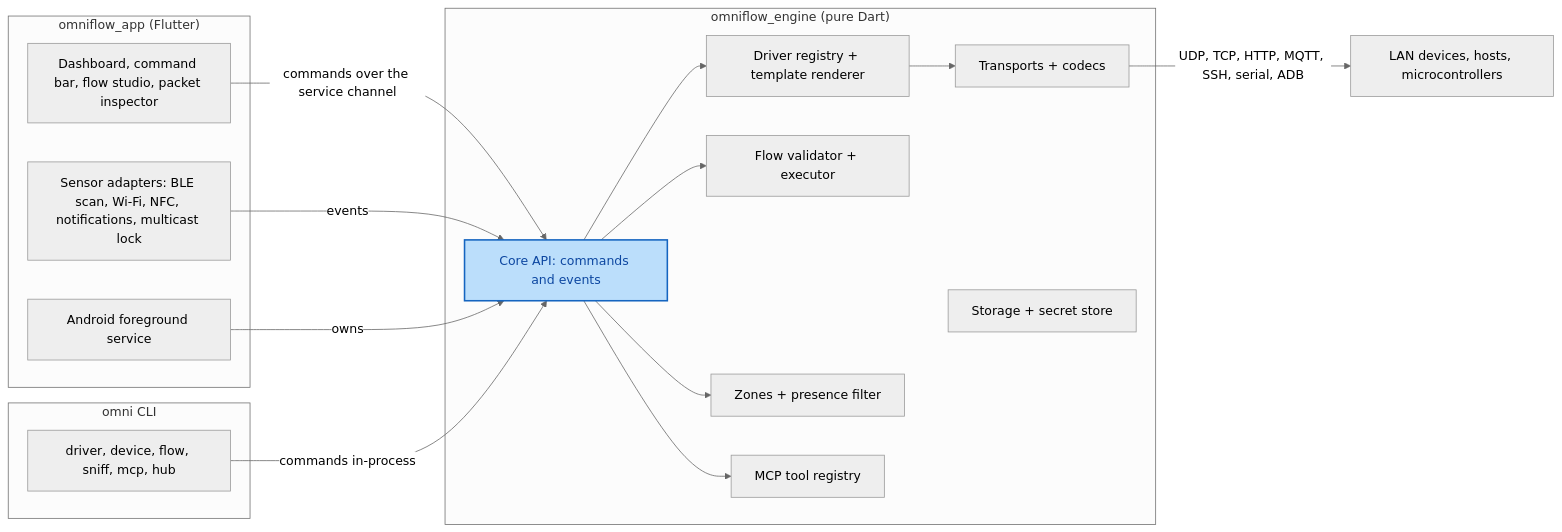
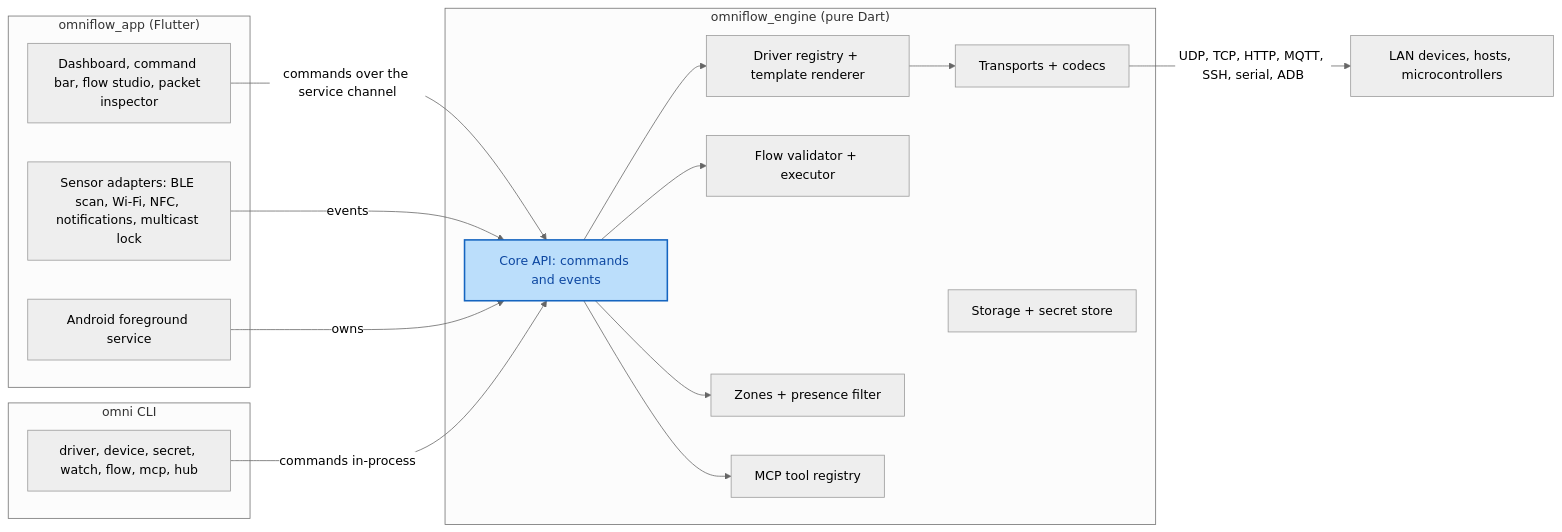
The diagram in docs/DESIGN.md (jashnimje/omni-flow), drawn with Mermaid (neutral theme) before and after one commit. The commit also changed other lines of this file and 51 other files, not shown here.

````diff
--- a/docs/DESIGN.md
+++ b/docs/DESIGN.md
@@ -26,31 +26,31 @@
 ```mermaid
 flowchart LR
   subgraph app["omniflow_app (Flutter)"]
     ui["Dashboard, command bar, flow studio, packet inspector"]
     sensors["Sensor adapters: BLE scan, Wi-Fi, NFC, notifications, multicast lock"]
     svc["Android foreground service"]
   end
   subgraph engine["omniflow_engine (pure Dart)"]
     api["Core API: commands and events"]
     drivers["Driver registry + template renderer"]
     transports["Transports + codecs"]
     dag["Flow validator + executor"]
     presence["Zones + presence filter"]
     store["Storage + secret store"]
     mcp["MCP tool registry"]
   end
   subgraph cli["omni CLI"]
-    cmds["driver, device, flow, sniff, mcp, hub"]
+    cmds["driver, device, secret, watch, flow, mcp, hub"]
   end
   devices["LAN devices, hosts, microcontrollers"]
   ui -- "commands over the service channel" --> api
   sensors -- "events" --> api
   svc -- "owns" --> api
   cmds -- "commands in-process" --> api
   api --> drivers --> transports -- "UDP, TCP, HTTP, MQTT, SSH, serial, ADB" --> devices
   api --> dag
   api --> presence
   api --> mcp
   classDef new fill:#bbdefb,stroke:#1565c0,color:#0d47a1,stroke-width:2px
   class api new
 ```
````
